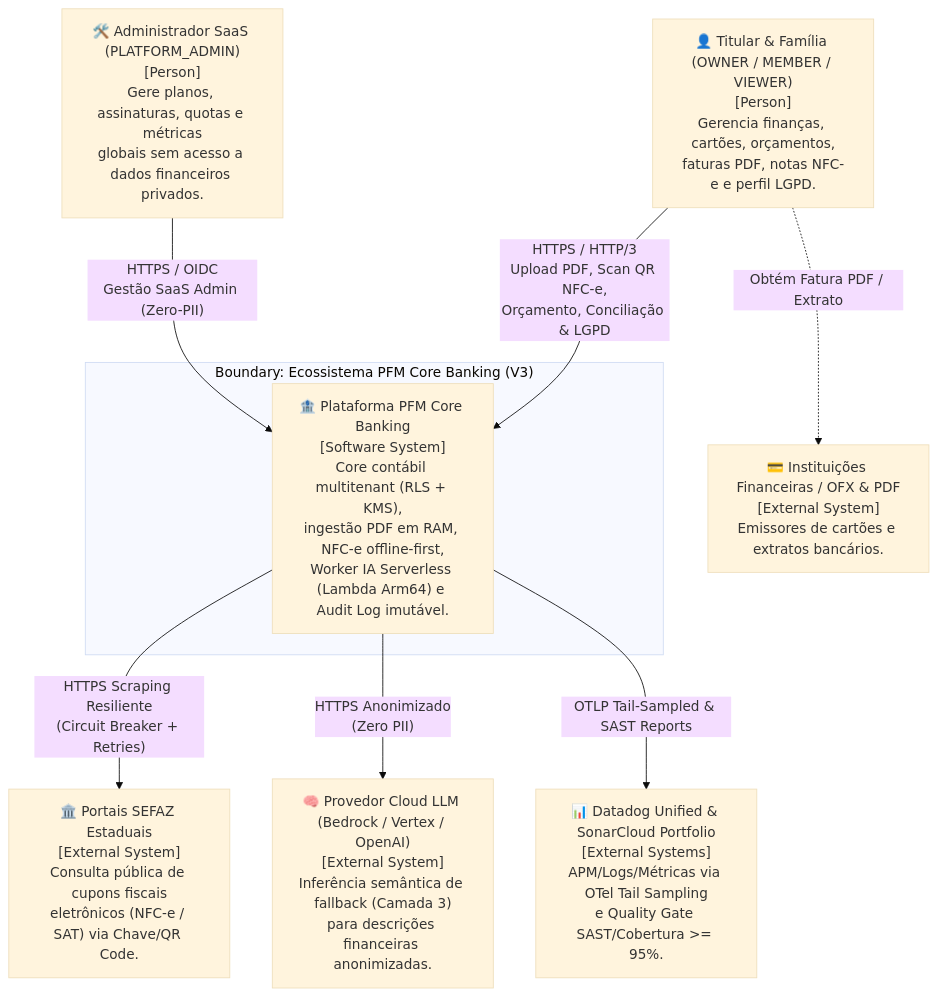
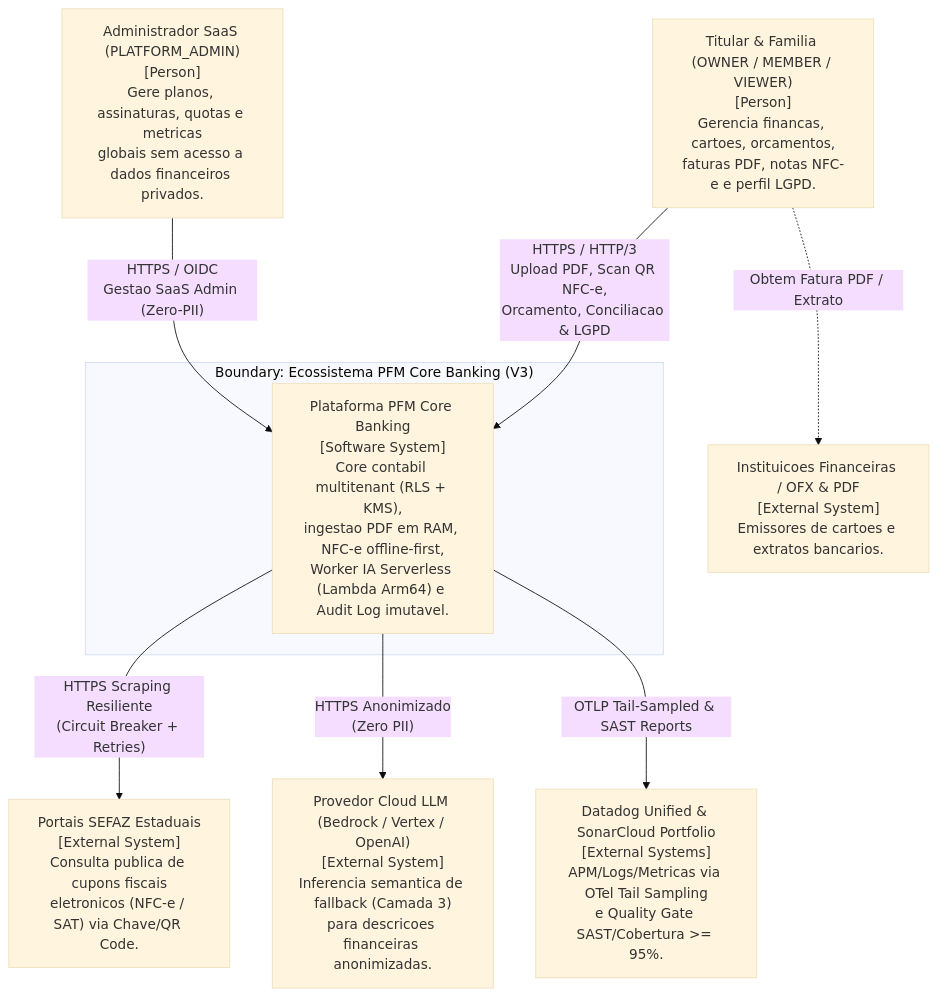
Before and after one commit to Sorobanerp/pfm-docs: the first of 4 diagrams in docs/architecture/c4-model.md, drawn with Mermaid (base theme). The commit also changed other lines of this file and 28 other files, not shown here.

````diff
--- a/docs/architecture/c4-model.md
+++ b/docs/architecture/c4-model.md
@@ -11,21 +11,21 @@
 ```mermaid
 flowchart TB
-    USER["👤 Titular & Família (OWNER / MEMBER / VIEWER)<br/>[Person]<br/>Gerencia finanças, cartões, orçamentos,<br/>faturas PDF, notas NFC-e e perfil LGPD."]
-    ADMIN["🛠️ Administrador SaaS (PLATFORM_ADMIN)<br/>[Person]<br/>Gere planos, assinaturas, quotas e métricas<br/>globais sem acesso a dados financeiros privados."]
+    USER[" Titular & Familia (OWNER / MEMBER / VIEWER)<br/>[Person]<br/>Gerencia financas, cartoes, orcamentos,<br/>faturas PDF, notas NFC-e e perfil LGPD."]
+    ADMIN[" Administrador SaaS (PLATFORM_ADMIN)<br/>[Person]<br/>Gere planos, assinaturas, quotas e metricas<br/>globais sem acesso a dados financeiros privados."]
 
     subgraph Enterprise["Boundary: Ecossistema PFM Core Banking (V3)"]
-        PFM["🏦 Plataforma PFM Core Banking<br/>[Software System]<br/>Core contábil multitenant (RLS + KMS),<br/>ingestão PDF em RAM, NFC-e offline-first,<br/>Worker IA Serverless (Lambda Arm64) e Audit Log imutável."]
+        PFM[" Plataforma PFM Core Banking<br/>[Software System]<br/>Core contabil multitenant (RLS + KMS),<br/>ingestao PDF em RAM, NFC-e offline-first,<br/>Worker IA Serverless (Lambda Arm64) e Audit Log imutavel."]
     end
 
-    SEFAZ["🏛️ Portais SEFAZ Estaduais<br/>[External System]<br/>Consulta pública de cupons fiscais<br/>eletrônicos (NFC-e / SAT) via Chave/QR Code."]
-    LLM["🧠 Provedor Cloud LLM (Bedrock / Vertex / OpenAI)<br/>[External System]<br/>Inferência semântica de fallback (Camada 3)<br/>para descrições financeiras anonimizadas."]
-    OPENFIN["💳 Instituições Financeiras / OFX & PDF<br/>[External System]<br/>Emissores de cartões e extratos bancários."]
-    OBS["📊 Datadog Unified & SonarCloud Portfolio<br/>[External Systems]<br/>APM/Logs/Métricas via OTel Tail Sampling<br/>e Quality Gate SAST/Cobertura >= 95%."]
+    SEFAZ[" Portais SEFAZ Estaduais<br/>[External System]<br/>Consulta publica de cupons fiscais<br/>eletronicos (NFC-e / SAT) via Chave/QR Code."]
+    LLM[" Provedor Cloud LLM (Bedrock / Vertex / OpenAI)<br/>[External System]<br/>Inferencia semantica de fallback (Camada 3)<br/>para descricoes financeiras anonimizadas."]
+    OPENFIN[" Instituicoes Financeiras / OFX & PDF<br/>[External System]<br/>Emissores de cartoes e extratos bancarios."]
+    OBS[" Datadog Unified & SonarCloud Portfolio<br/>[External Systems]<br/>APM/Logs/Metricas via OTel Tail Sampling<br/>e Quality Gate SAST/Cobertura >= 95%."]
 
-    USER -->|"HTTPS / HTTP/3<br/>Upload PDF, Scan QR NFC-e,<br/>Orçamento, Conciliação & LGPD"| PFM
-    ADMIN -->|"HTTPS / OIDC<br/>Gestão SaaS Admin (Zero-PII)"| PFM
+    USER -->|"HTTPS / HTTP/3<br/>Upload PDF, Scan QR NFC-e,<br/>Orcamento, Conciliacao & LGPD"| PFM
+    ADMIN -->|"HTTPS / OIDC<br/>Gestao SaaS Admin (Zero-PII)"| PFM
     PFM -->|"HTTPS Scraping Resiliente<br/>(Circuit Breaker + Retries)"| SEFAZ
     PFM -->|"HTTPS Anonimizado<br/>(Zero PII)"| LLM
-    USER -.->|"Obtém Fatura PDF / Extrato"| OPENFIN
+    USER -.->|"Obtem Fatura PDF / Extrato"| OPENFIN
     PFM -->|"OTLP Tail-Sampled & SAST Reports"| OBS
 ```
````
